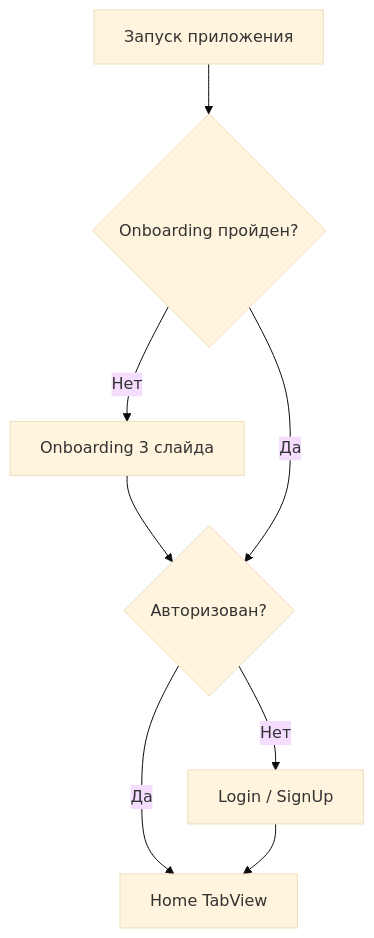
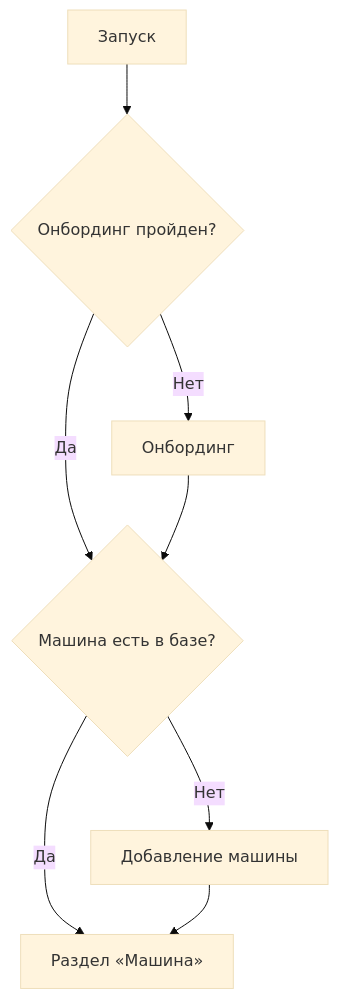
One commit to Vladislavkotyreb/carapp228 changed the diagram in docs/MVP_FLOWS.md. Above: the diagram before and after it, drawn with Mermaid (base theme). The commit also changed other lines of this file and 38 other files, not shown here.

````diff
--- a/docs/MVP_FLOWS.md
+++ b/docs/MVP_FLOWS.md
@@ -20,10 +22,10 @@
 ```mermaid
 flowchart TD
-    launch[Запуск приложения] --> onboard{Onboarding пройден?}
-    onboard -->|Нет| onboarding[Onboarding 3 слайда]
-    onboarding --> auth{Авторизован?}
-    onboard -->|Да| auth
-    auth -->|Нет| login[Login / SignUp]
-    auth -->|Да| home[Home TabView]
-    login --> home
+    launch[Запуск] --> onboard{Онбординг пройден?}
+    onboard -->|Нет| onboarding[Онбординг]
+    onboard -->|Да| hasCar{Машина есть в базе?}
+    onboarding --> hasCar
+    hasCar -->|Нет| addCar[Добавление машины]
+    hasCar -->|Да| main[Раздел «Машина»]
+    addCar --> main
 ```
````
